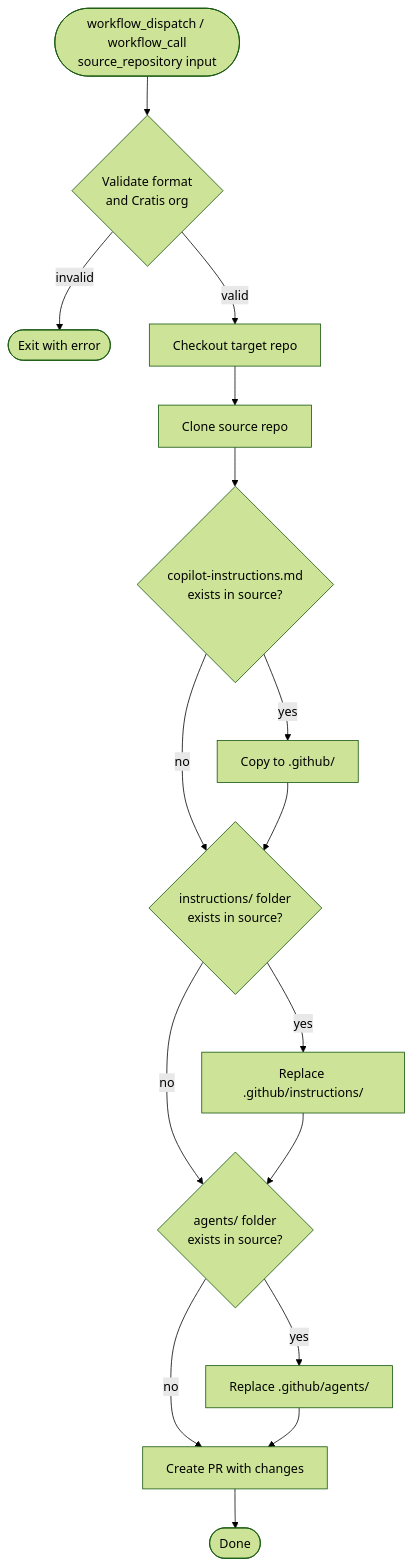
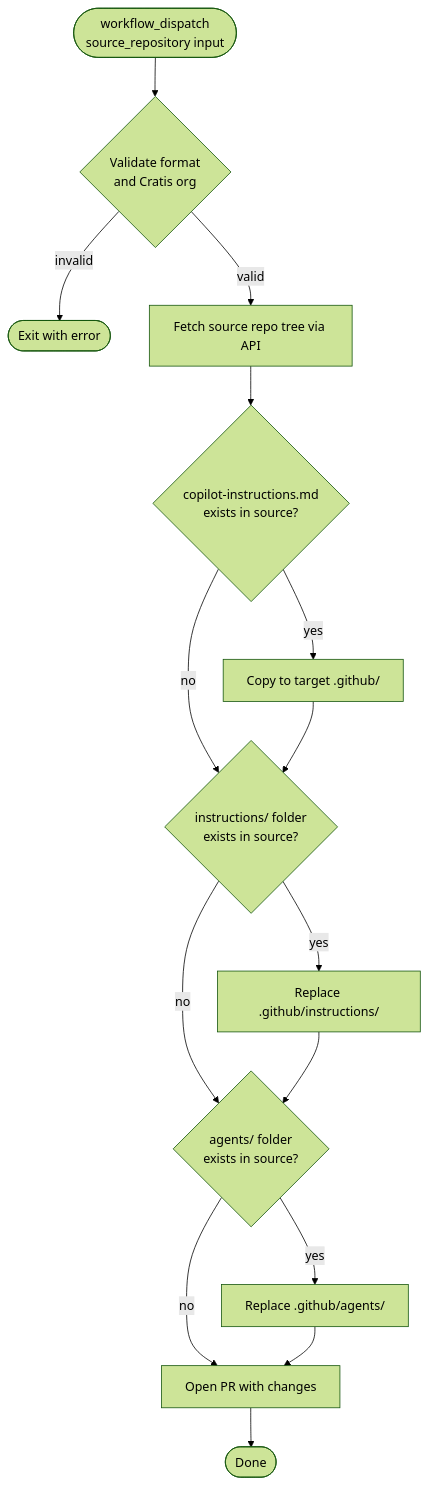
One commit to Cratis/Workflows changed the second of 2 diagrams in README.md. Above: the diagram before and after it, drawn with Mermaid (forest theme). The commit also changed other lines of this file and 2 other files, not shown here.

Commit message:
Change propagation workflow to push directly to main instead of opening PRs

````diff
--- a/README.md
+++ b/README.md
@@ -143,18 +142,17 @@
 ```mermaid
 flowchart TD
-    A([workflow_dispatch / workflow_call\nsource_repository input]) --> B{Validate format\nand Cratis org}
+    A([workflow_dispatch\nsource_repository input]) --> B{Validate format\nand Cratis org}
     B -- invalid --> Z([Exit with error])
-    B -- valid --> C[Checkout target repo]
-    C --> D[Clone source repo]
-    D --> E{copilot-instructions.md\nexists in source?}
-    E -- yes --> F[Copy to .github/]
-    E -- no --> G
-    F --> G{instructions/ folder\nexists in source?}
-    G -- yes --> H[Replace .github/instructions/]
-    G -- no --> I
-    H --> I{agents/ folder\nexists in source?}
-    I -- yes --> J[Replace .github/agents/]
-    I -- no --> K
-    J --> K[Create PR with changes]
-    K --> L([Done])
+    B -- valid --> C[Fetch source repo tree via API]
+    C --> D{copilot-instructions.md\nexists in source?}
+    D -- yes --> E[Copy to target .github/]
+    D -- no --> F
+    E --> F{instructions/ folder\nexists in source?}
+    F -- yes --> G[Replace .github/instructions/]
+    F -- no --> H
+    G --> H{agents/ folder\nexists in source?}
+    H -- yes --> I[Replace .github/agents/]
+    H -- no --> J
+    I --> J[Open PR with changes]
+    J --> K([Done])
 ```
````
